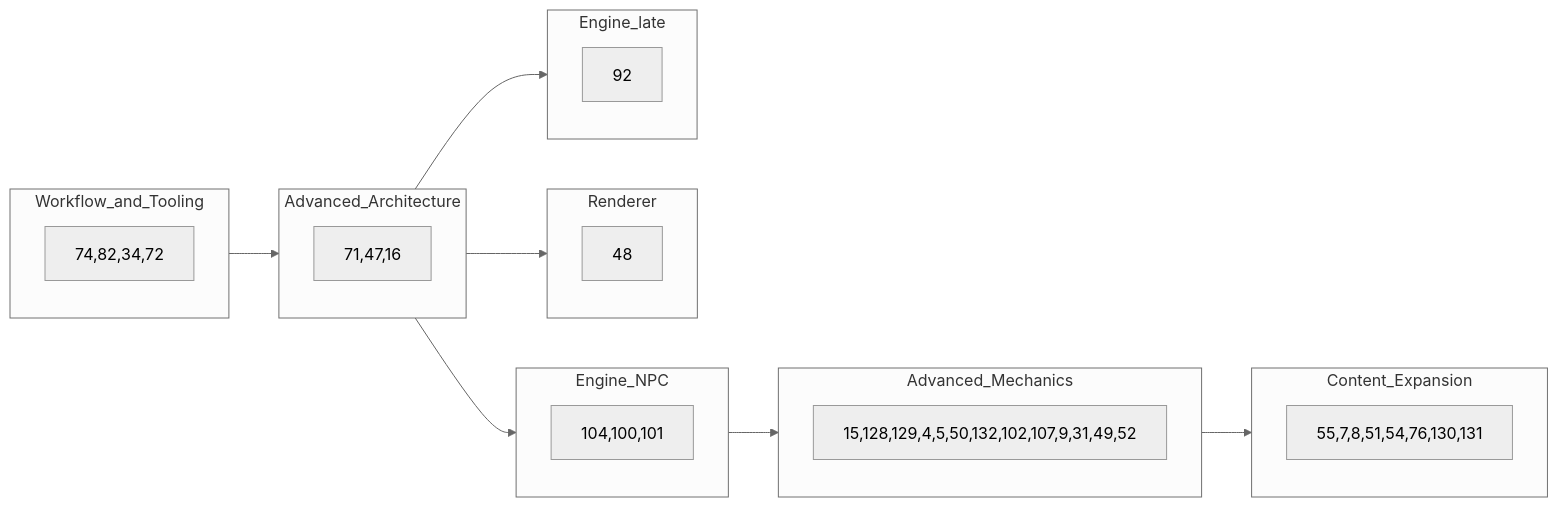
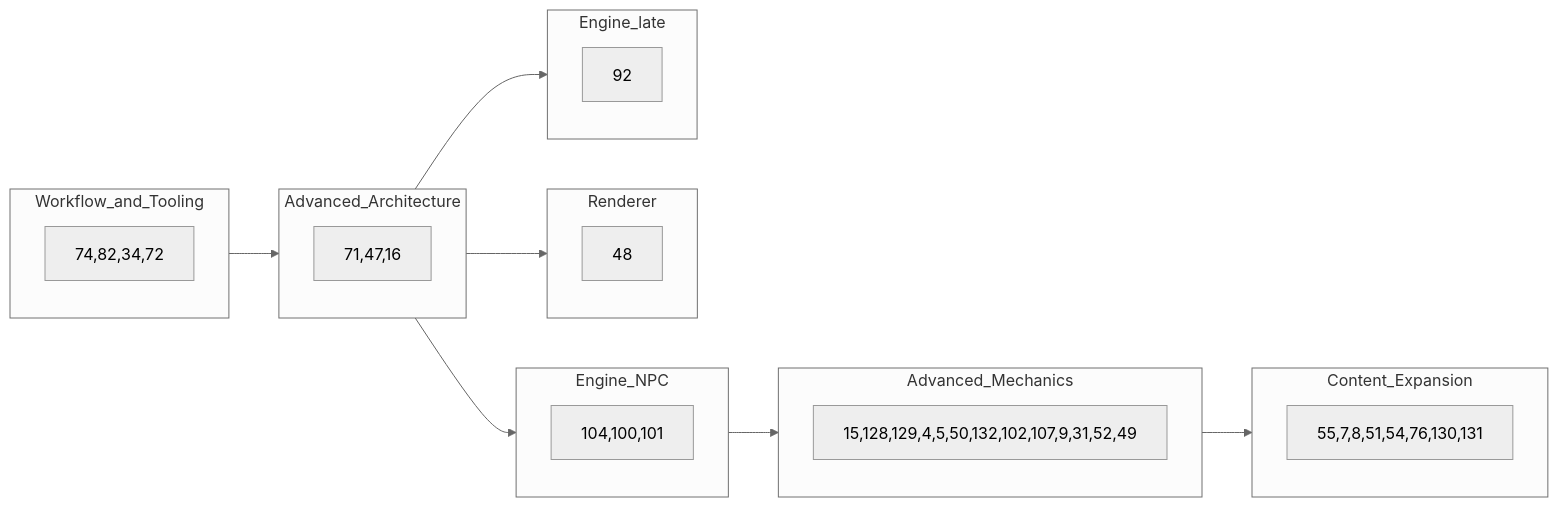
One commit to ianmays/dosmud changed the diagram in DEV_PLAN.md. Above: the diagram before and after it, drawn with Mermaid (neutral theme). The commit also changed other lines of this file, not shown here.

Commit message:
fix DEV_PLAN execution order for #52 before #49
- swap mermaid, table, and sections to match blocked-by on GitHub
- note #52 before #49 in dependency prose

````diff
--- a/DEV_PLAN.md
+++ b/DEV_PLAN.md
@@ -44,30 +44,30 @@
 ```mermaid
 flowchart LR
   subgraph m4 [Workflow_and_Tooling]
     M4["74,82,34,72"]
   end
   subgraph m5 [Advanced_Architecture]
     M5["71,47,16"]
   end
   subgraph m9a [Engine_NPC]
     M9a["104,100,101"]
   end
   subgraph m8 [Advanced_Mechanics]
-    M8["15,128,129,4,5,50,132,102,107,9,31,49,52"]
+    M8["15,128,129,4,5,50,132,102,107,9,31,52,49"]
   end
   subgraph m6 [Content_Expansion]
     M6["55,7,8,51,54,76,130,131"]
   end
   subgraph m7 [Renderer]
     M7["48"]
   end
   subgraph m9b [Engine_late]
     M9b["92"]
   end
   m4 --> m5
   m5 --> m9a
   m9a --> m8
   m8 --> m6
   m5 --> m7
   m5 --> m9b
 ```
````
